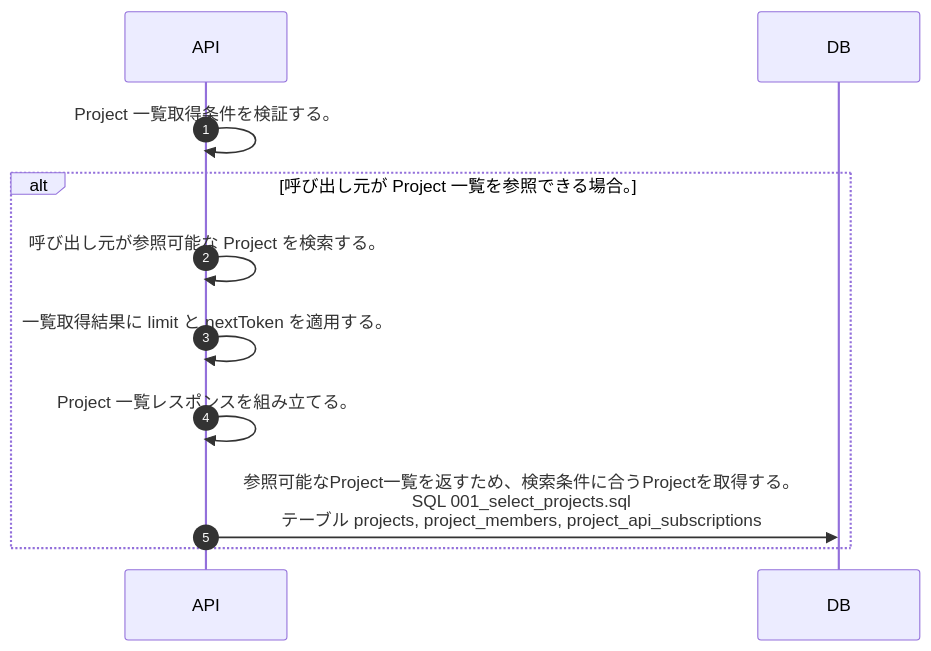
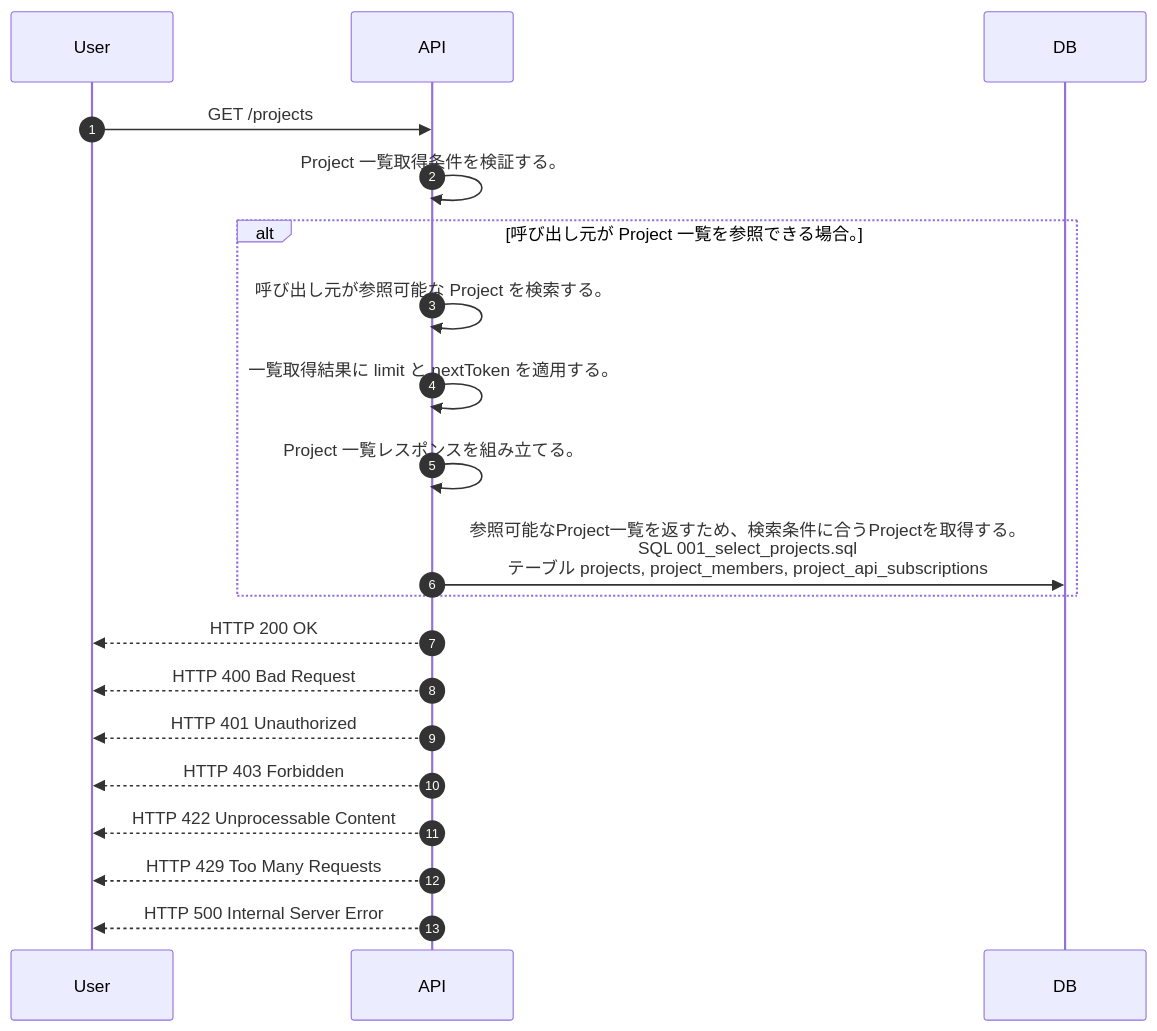
Before and after one commit to tsuji-tomonori/lazunex: the diagram in docs/spec/40.apis/projects/list_projects/sequence_gen.md, drawn with Mermaid. The commit also changed 21 other files, not shown here.

Commit message:
✨ feat(sequence): HTTP status を sequence 生成に反映

````diff
--- a/docs/spec/40.apis/projects/list_projects/sequence_gen.md
+++ b/docs/spec/40.apis/projects/list_projects/sequence_gen.md
@@ -5,13 +5,22 @@
 ```mermaid
 sequenceDiagram
   autonumber
+  participant User as User
   participant API as API
   participant DB as DB
+  User->>API: GET /projects
   API->>API: Project 一覧取得条件を検証する。
   alt 呼び出し元が Project 一覧を参照できる場合。
     API->>API: 呼び出し元が参照可能な Project を検索する。
     API->>API: 一覧取得結果に limit と nextToken を適用する。
     API->>API: Project 一覧レスポンスを組み立てる。
     API->>DB: 参照可能なProject一覧を返すため、検索条件に合うProjectを取得する。<br/>SQL 001_select_projects.sql<br/>テーブル projects, project_members, project_api_subscriptions
   end
+  API-->>User: HTTP 200 OK
+  API-->>User: HTTP 400 Bad Request
+  API-->>User: HTTP 401 Unauthorized
+  API-->>User: HTTP 403 Forbidden
+  API-->>User: HTTP 422 Unprocessable Content
+  API-->>User: HTTP 429 Too Many Requests
+  API-->>User: HTTP 500 Internal Server Error
 ```
````
